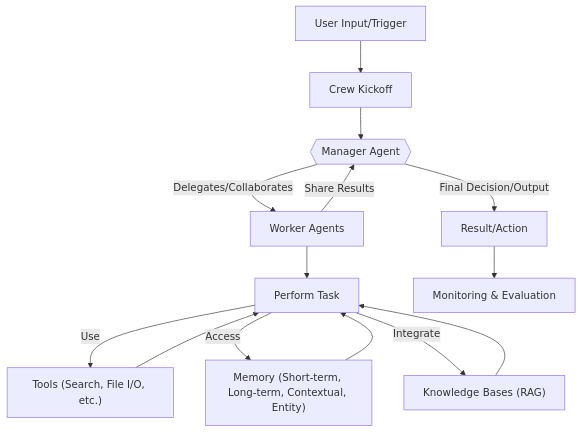
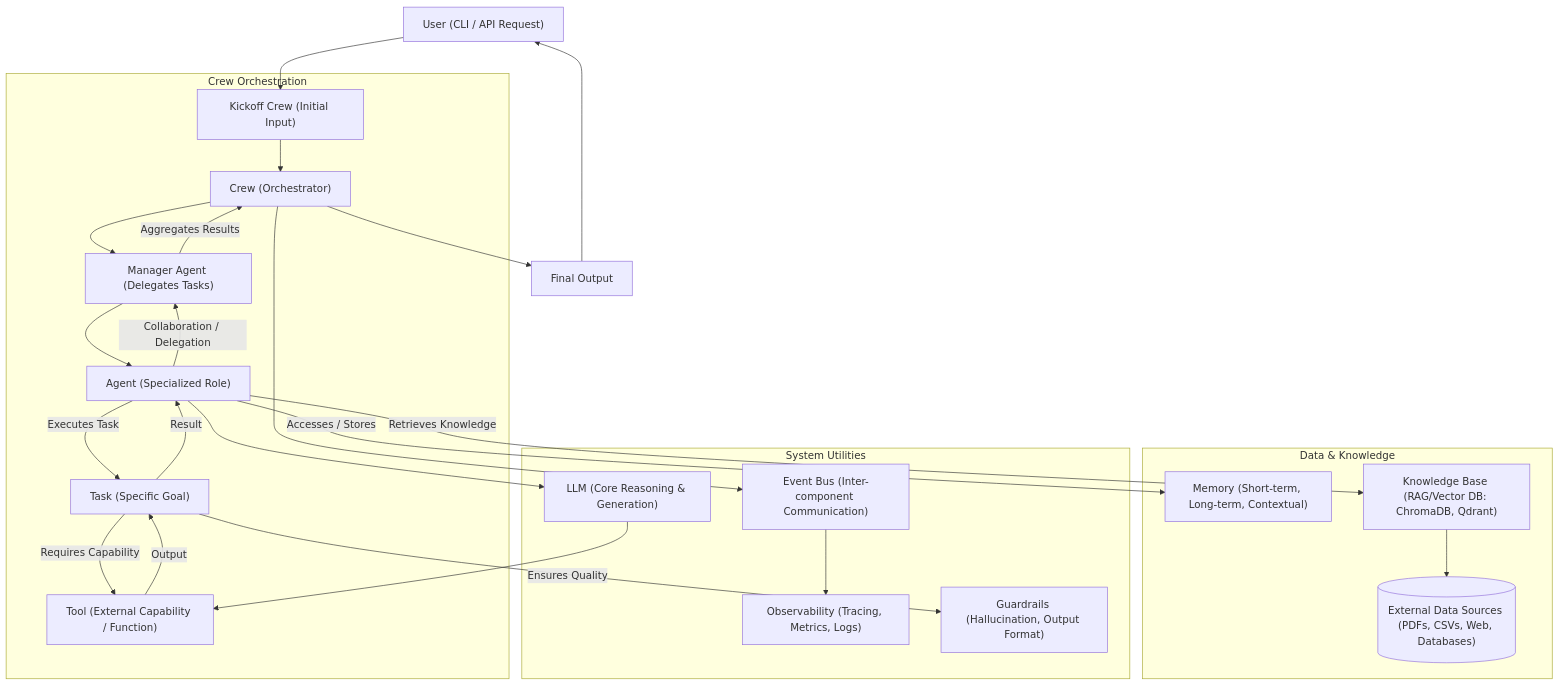
The diagram in README.md (grewal16/crewAI), drawn with Mermaid before and after one commit. The commit also changed other lines of this file, not shown here.

````diff
--- a/README.md
+++ b/README.md
@@ -51,16 +50,33 @@
 ```mermaid
 graph TD
-    A["User Input/Trigger"] --> B["Crew Kickoff"];
-    B --> C{{"Manager Agent"}};
-    C -- Delegates/Collaborates --> D["Worker Agents"];
-    D --> D1["Perform Task"];
-    D1 -- Use --> D2["Tools (Search, File I/O, etc.)"];
-    D1 -- Access --> D3["Memory (Short-term, Long-term, Contextual, Entity)"];
-    D1 -- Integrate --> D4["Knowledge Bases (RAG)"];
-    D2 --> D1;
-    D3 --> D1;
-    D4 --> D1;
-    D -- Share Results --> C;
-    C -- Final Decision/Output --> E["Result/Action"];
-    E --> F["Monitoring & Evaluation"];
+    User["User (CLI / API Request)"] --> Kickoff["Kickoff Crew (Initial Input)"];
+
+    subgraph Crew Orchestration
+        Kickoff --> Crew["Crew (Orchestrator)"];
+        Crew --> ManagerAgent["Manager Agent (Delegates Tasks)"];
+        ManagerAgent --> Agent["Agent (Specialized Role)"];
+        Agent -- "Executes Task" --> Task["Task (Specific Goal)"];
+        Task -- "Requires Capability" --> Tool["Tool (External Capability / Function)"];
+        Tool -- "Output" --> Task;
+        Task -- "Result" --> Agent;
+        Agent -- "Collaboration / Delegation" --> ManagerAgent;
+        ManagerAgent -- "Aggregates Results" --> Crew;
+    end
+
+    subgraph Data & Knowledge
+        Agent -- "Accesses / Stores" --> Memory["Memory (Short-term, Long-term, Contextual)"];
+        Agent -- "Retrieves Knowledge" --> KnowledgeBase["Knowledge Base (RAG/Vector DB: ChromaDB, Qdrant)"];
+        KnowledgeBase --> ExternalDataSources[("External Data Sources (PDFs, CSVs, Web, Databases)")];
+    end
+
+    subgraph System Utilities
+        Crew --> EventBus["Event Bus (Inter-component Communication)"];
+        EventBus --> Observability["Observability (Tracing, Metrics, Logs)"];
+        Agent --> LLM["LLM (Core Reasoning & Generation)"];
+        Task -- "Ensures Quality" --> Guardrails["Guardrails (Hallucination, Output Format)"];
+    end
+
+    Crew --> FinalOutput["Final Output"];
+    FinalOutput --> User;
+    LLM --> Tool;
 ```
````
